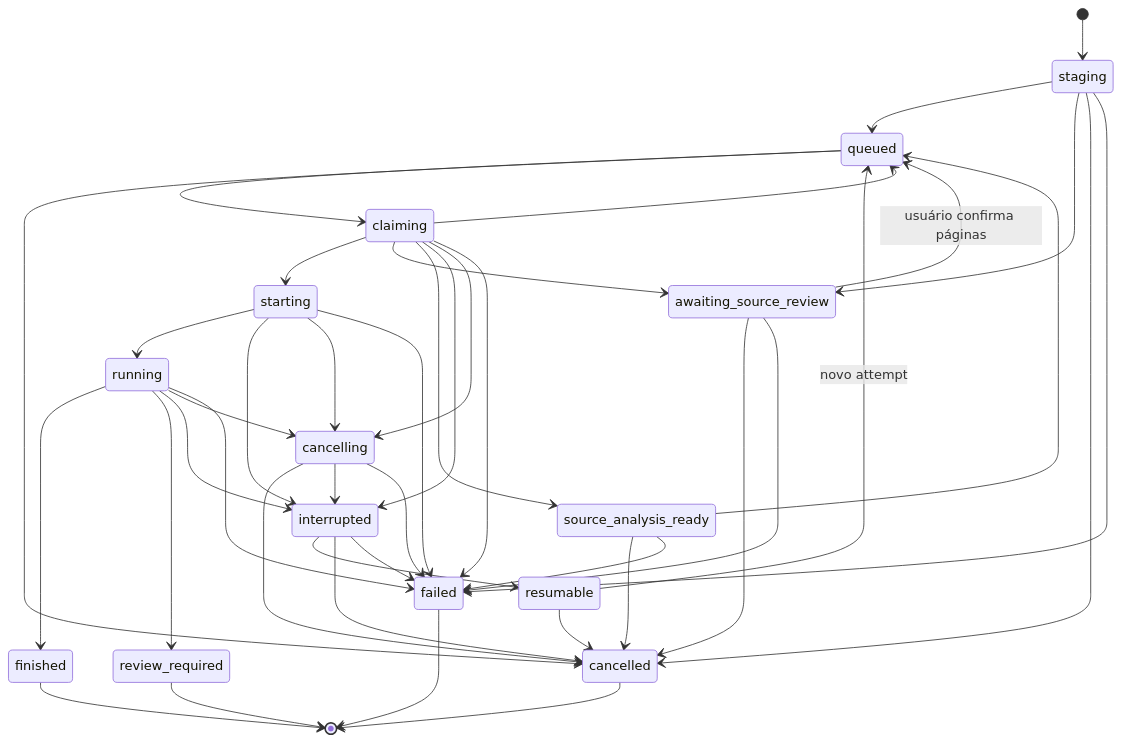
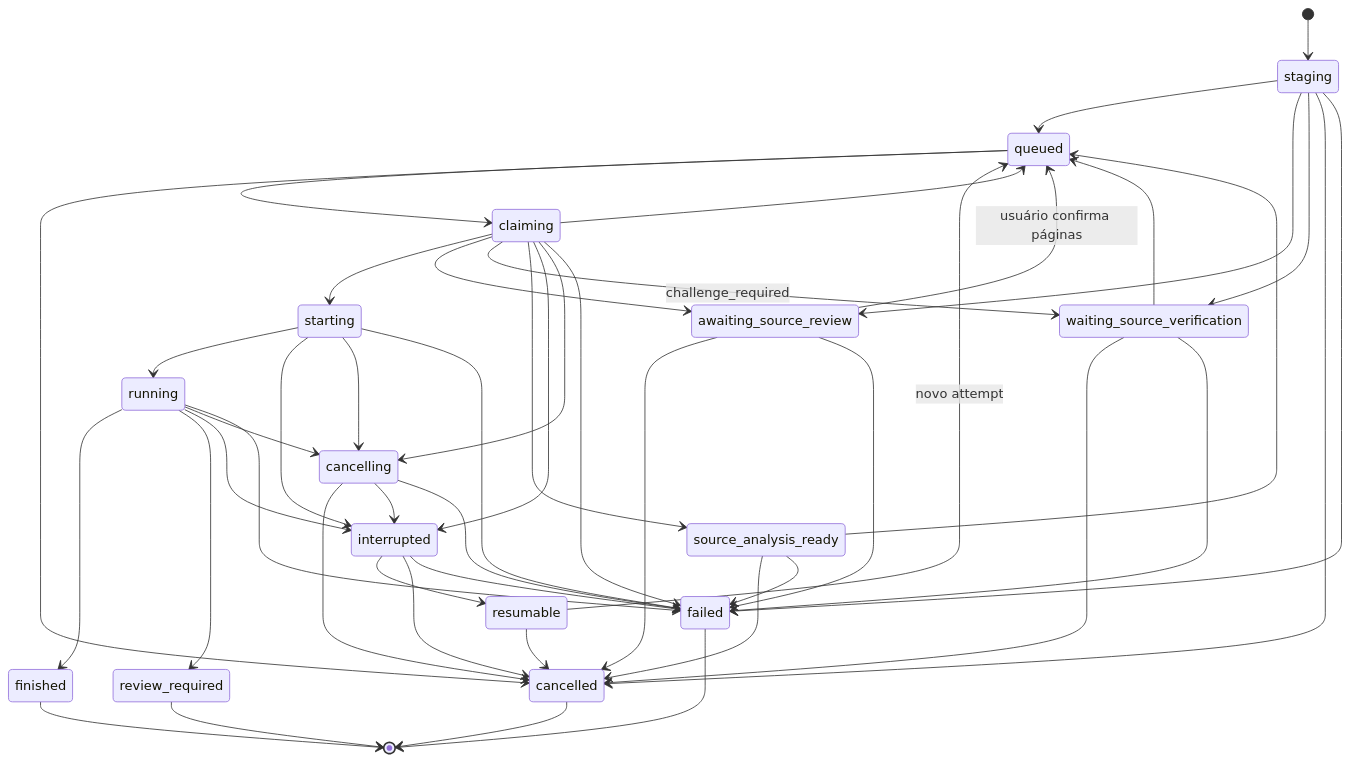
The sixth of 13 diagrams in docs/technical/DOCUMENTACAO_TECNICA.md (HenriquePvAr/Yomu-Sekai), drawn with Mermaid before and after one commit. The commit also changed other lines of this file and 78 other files, not shown here.

````diff
--- a/docs/technical/DOCUMENTACAO_TECNICA.md
+++ b/docs/technical/DOCUMENTACAO_TECNICA.md
@@ -414,44 +555,49 @@
 ```mermaid
 stateDiagram-v2
     [*] --> staging
     staging --> queued
     staging --> awaiting_source_review
+    staging --> waiting_source_verification
     staging --> cancelled
     staging --> failed
     queued --> claiming
     queued --> cancelled
     claiming --> starting
     claiming --> queued
     claiming --> awaiting_source_review
+    claiming --> waiting_source_verification: challenge_required
     claiming --> source_analysis_ready
     claiming --> interrupted
     claiming --> cancelling
     claiming --> failed
     awaiting_source_review --> queued: usuário confirma páginas
     awaiting_source_review --> cancelled
     awaiting_source_review --> failed
+    waiting_source_verification --> queued
+    waiting_source_verification --> cancelled
+    waiting_source_verification --> failed
     source_analysis_ready --> queued
     source_analysis_ready --> cancelled
     source_analysis_ready --> failed
     starting --> running
     starting --> interrupted
     starting --> cancelling
     starting --> failed
     running --> finished
     running --> review_required
     running --> interrupted
     running --> cancelling
     running --> failed
     cancelling --> cancelled
     cancelling --> interrupted
     cancelling --> failed
     interrupted --> resumable
     interrupted --> cancelled
     interrupted --> failed
     resumable --> queued: novo attempt
     resumable --> cancelled
     finished --> [*]
     review_required --> [*]
     failed --> [*]
     cancelled --> [*]
 ```
````
